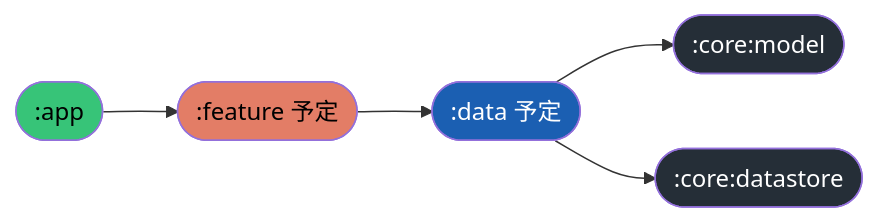
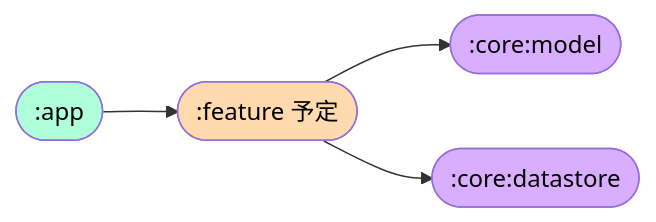
The diagram in README.md (kosenda/MultiColorPicker), drawn with Mermaid before and after one commit.

Commit message:
docs: changer color
[skip ci]

````diff
--- a/README.md
+++ b/README.md
@@ -49,12 +49,10 @@
 ```mermaid
 flowchart LR
-  classDef appModule fill:#37C478,color:#000
-  classDef featureModule fill:#E37D66,color:#000
-  classDef dataModule fill:#1B5FB2,color:#FFF
-  classDef coreModule fill:#252E37,color:#FFF
+  classDef appModule fill:#AEFFDA,color:#000
+  classDef featureModule fill:#FFDAAE,color:#000
+  classDef coreModule fill:#DAAEFF,color:#000
   
   A1([:app]):::appModule --> B1([:feature 予定]):::featureModule
-  B1 --> C1([:data 予定]):::dataModule
-  C1 --> D1([:core:model]):::coreModule 
-  C1 --> D2([:core:datastore]):::coreModule
+  B1 --> C1([:core:model]):::coreModule 
+  B1 --> C2([:core:datastore]):::coreModule
 ```
````
